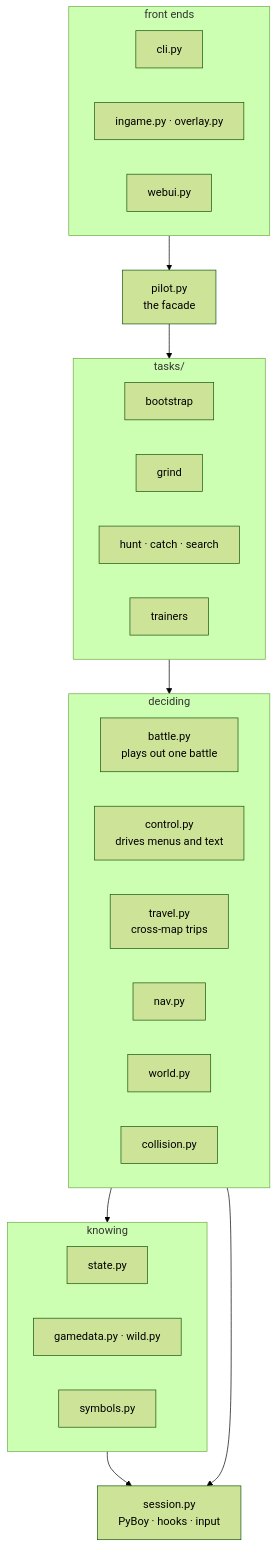
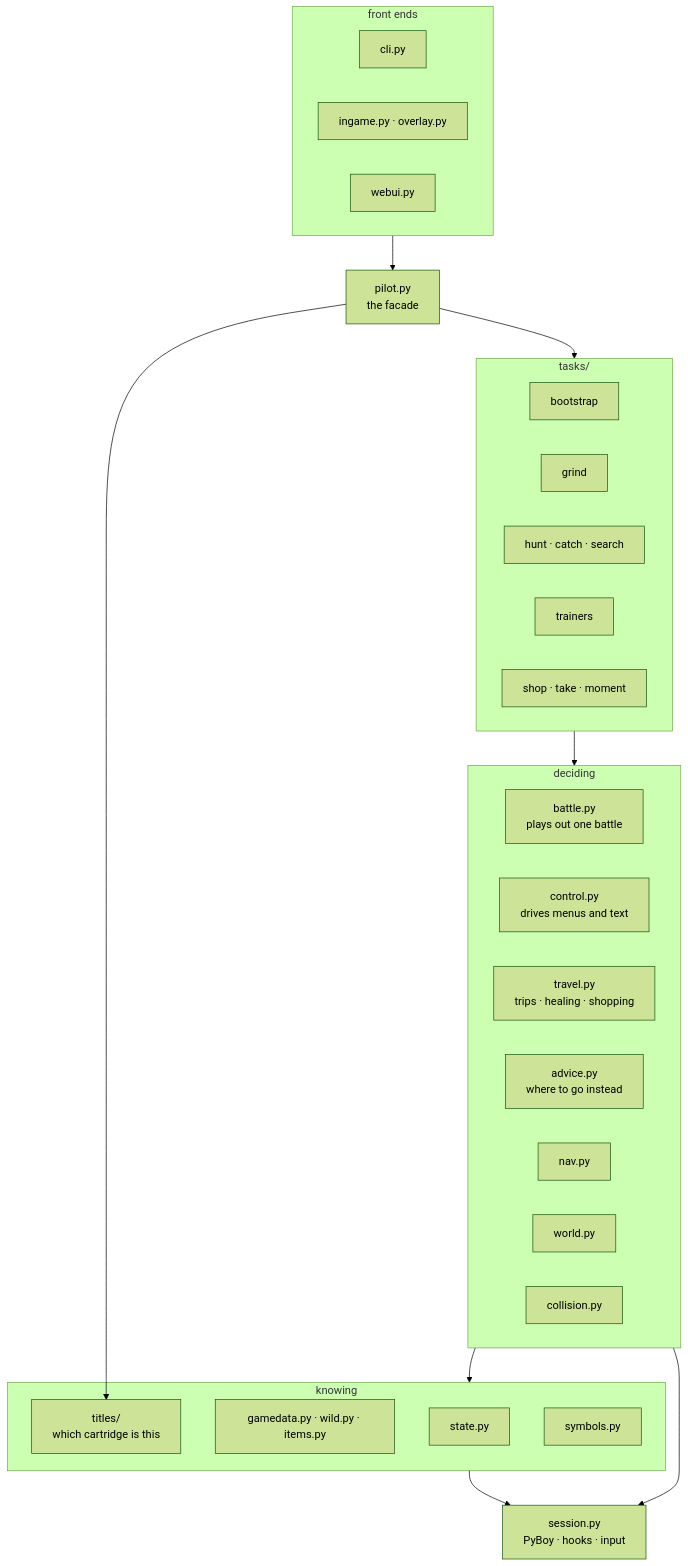
The second of 14 diagrams in docs/CODE.md (minormending/crystal-pilot), drawn with Mermaid (forest theme) before and after one commit. The commit also changed other lines of this file and 3 other files, not shown here.

````diff
--- a/docs/CODE.md
+++ b/docs/CODE.md
@@ -109,36 +112,40 @@
 ```mermaid
 flowchart TD
     subgraph front["front ends"]
         cli["cli.py"]
         ingame["ingame.py · overlay.py"]
         web["webui.py"]
     end
     subgraph tasks["tasks/"]
         boot["bootstrap"]
         grind["grind"]
         hunt["hunt · catch · search"]
         sweep["trainers"]
+        errands["shop · take · moment"]
     end
     subgraph think["deciding"]
         battle["battle.py<br/>plays out one battle"]
         control["control.py<br/>drives menus and text"]
-        travel["travel.py<br/>cross-map trips"]
+        travel["travel.py<br/>trips · healing · shopping"]
+        advice["advice.py<br/>where to go instead"]
         nav["nav.py"]
         world["world.py"]
         coll["collision.py"]
     end
     subgraph read["knowing"]
         state["state.py"]
-        gamedata["gamedata.py · wild.py"]
+        gamedata["gamedata.py · wild.py · items.py"]
+        titles["titles/<br/>which cartridge is this"]
         sym["symbols.py"]
     end
     sess["session.py<br/>PyBoy · hooks · input"]
     facade["pilot.py<br/>the facade"]
 
     front --> facade
     facade --> tasks
+    facade --> titles
     tasks --> think
     think --> read
     read --> sess
     think --> sess
 ```
````
